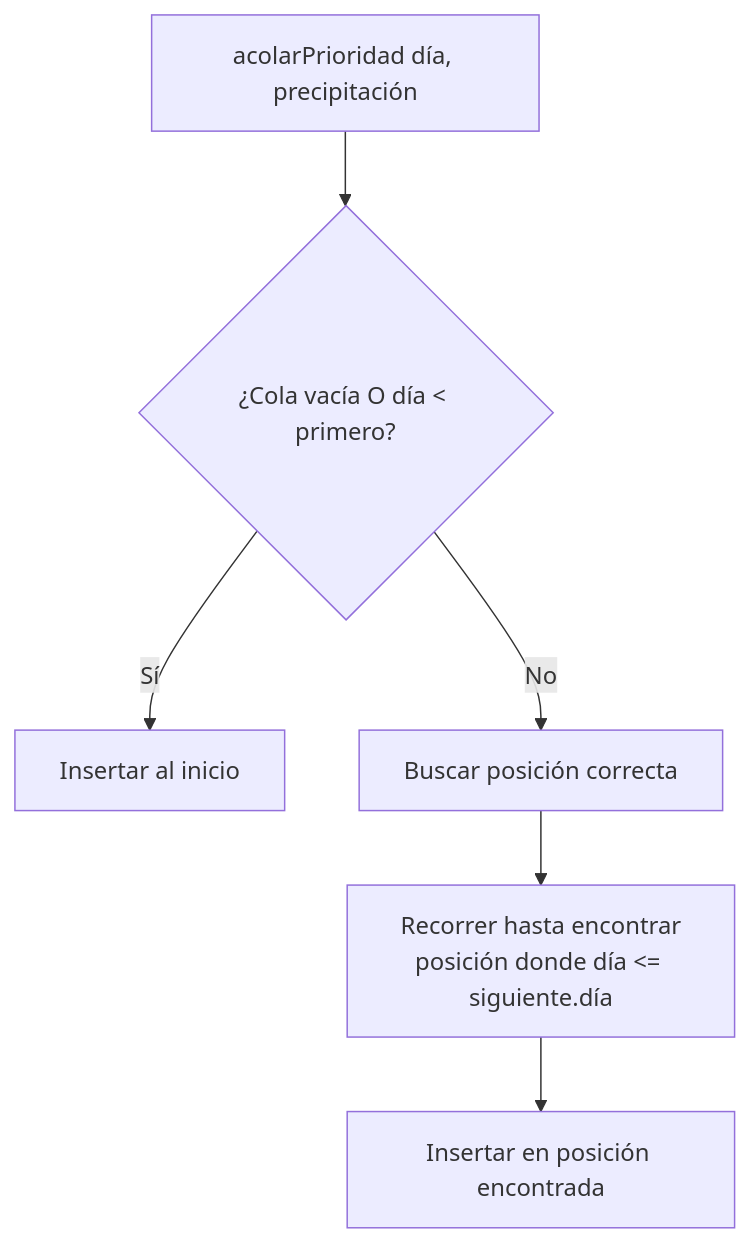
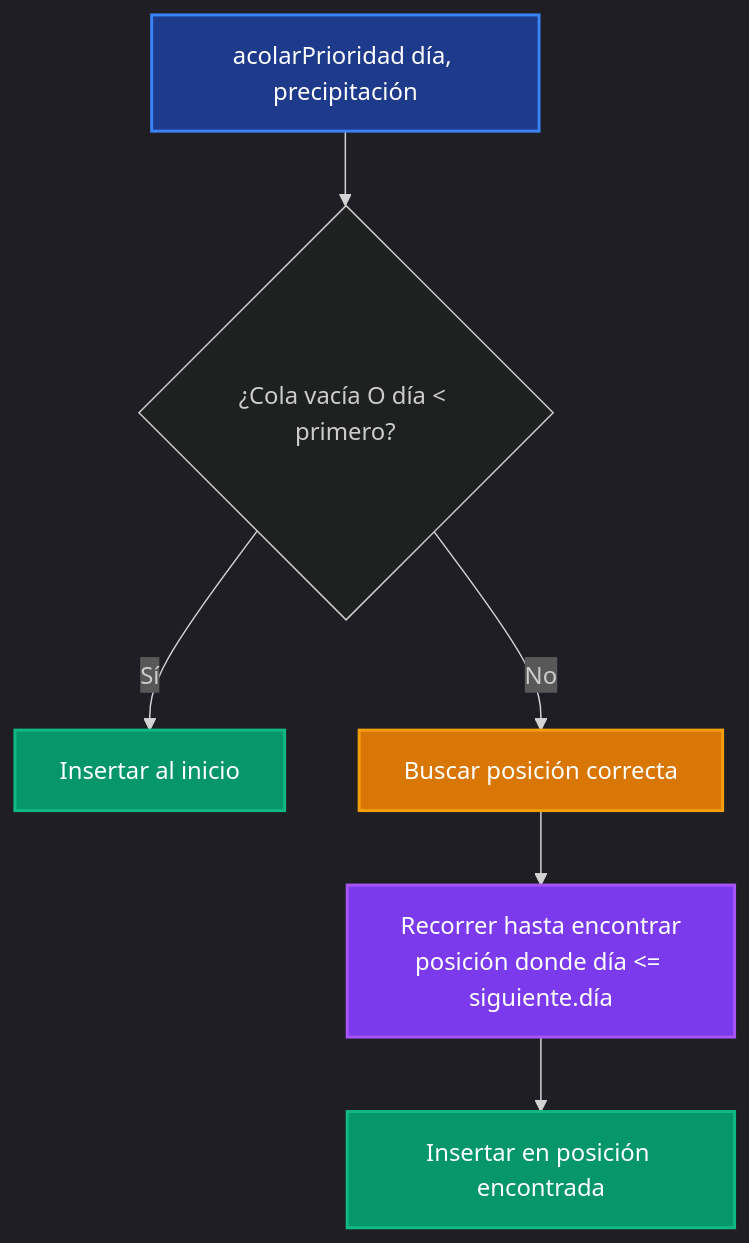
Diagram 11 of 19 in tp-final/README_IMPLEMENTACIONES.md (pybalt/algo2), drawn with Mermaid before and after one commit. The commit also changed other lines of this file, not shown here.

Commit message:
Refine README_IMPLEMENTACIONES.md by enhancing dark mode support for mermaid diagrams and improving style consistency across various sections, ensuring better visual clarity.

````diff
--- a/tp-final/README_IMPLEMENTACIONES.md
+++ b/tp-final/README_IMPLEMENTACIONES.md
@@ -230,9 +256,16 @@
 ```mermaid
+%%{init: {'theme':'dark'}}%%
 flowchart TD
     A[acolarPrioridad día, precipitación] --> B{¿Cola vacía O día < primero?}
     B -->|Sí| C[Insertar al inicio]
     B -->|No| D[Buscar posición correcta]
     
     D --> E[Recorrer hasta encontrar<br/>posición donde día <= siguiente.día]
     E --> F[Insertar en posición encontrada]
+    
+    style A fill:#1e3a8a,stroke:#3b82f6,stroke-width:2px,color:#fff
+    style C fill:#059669,stroke:#10b981,stroke-width:2px,color:#fff
+    style D fill:#d97706,stroke:#f59e0b,stroke-width:2px,color:#fff
+    style E fill:#7c3aed,stroke:#a855f7,stroke-width:2px,color:#fff
+    style F fill:#059669,stroke:#10b981,stroke-width:2px,color:#fff
 ```
````
